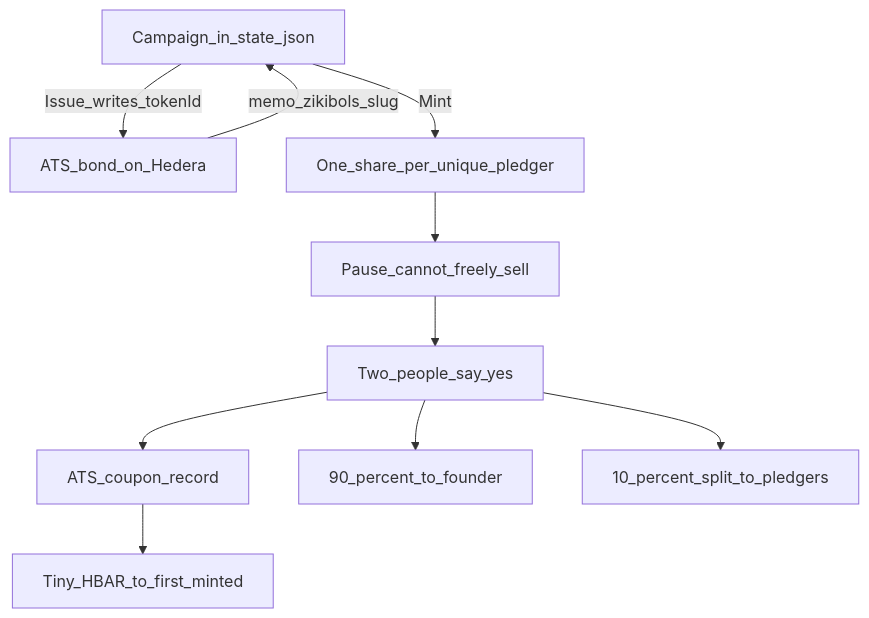
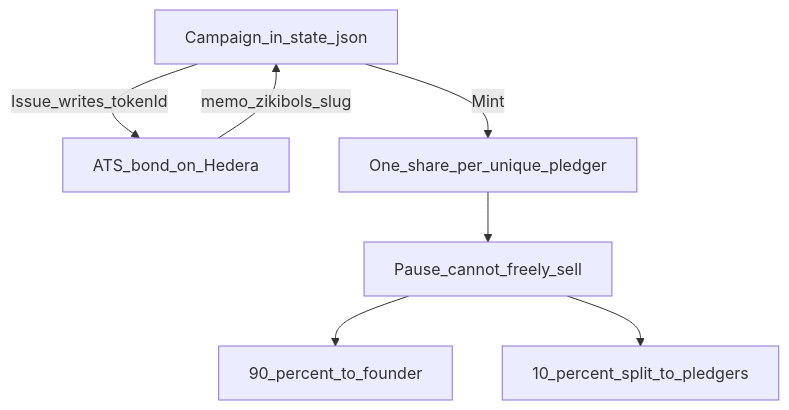
The fourth of 4 diagrams in docs/readme-flow.md (yabuking84/zikibols), drawn with Mermaid before and after one commit. The commit also changed other lines of this file and 3 other files, not shown here.

````diff
--- a/docs/readme-flow.md
+++ b/docs/readme-flow.md
@@ -104,12 +102,9 @@
 ```mermaid
 flowchart TD
   listing[Campaign_in_state_json] -->|Issue_writes_tokenId| bond[ATS_bond_on_Hedera]
   bond -->|memo_zikibols_slug| listing
   listing -->|Mint| share[One_share_per_unique_pledger]
   share --> pause[Pause_cannot_freely_sell]
-  pause --> twoYes[Two_people_say_yes]
-  twoYes --> couponRecord[ATS_coupon_record]
-  couponRecord --> crumb[Tiny_HBAR_to_first_minted]
-  twoYes --> founderPay[90_percent_to_founder]
-  twoYes --> backerPay[10_percent_split_to_pledgers]
+  pause --> founderPay[90_percent_to_founder]
+  pause --> backerPay[10_percent_split_to_pledgers]
 ```
````
